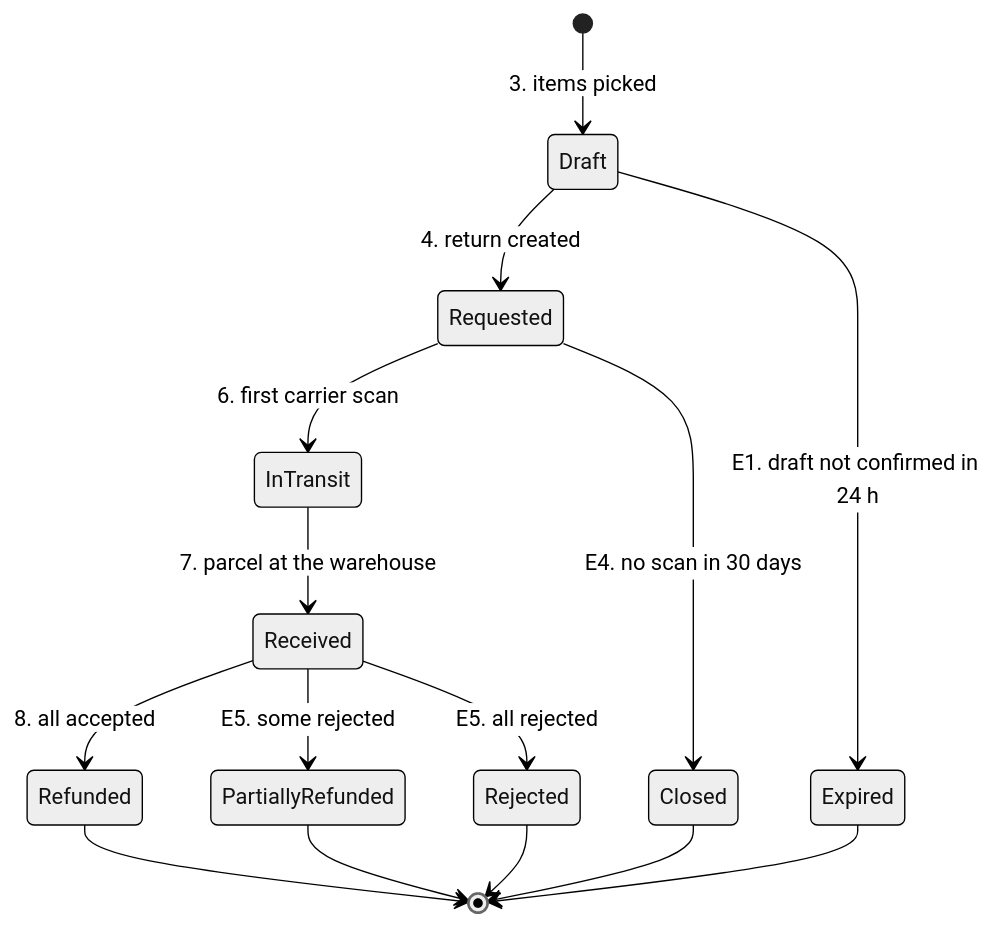
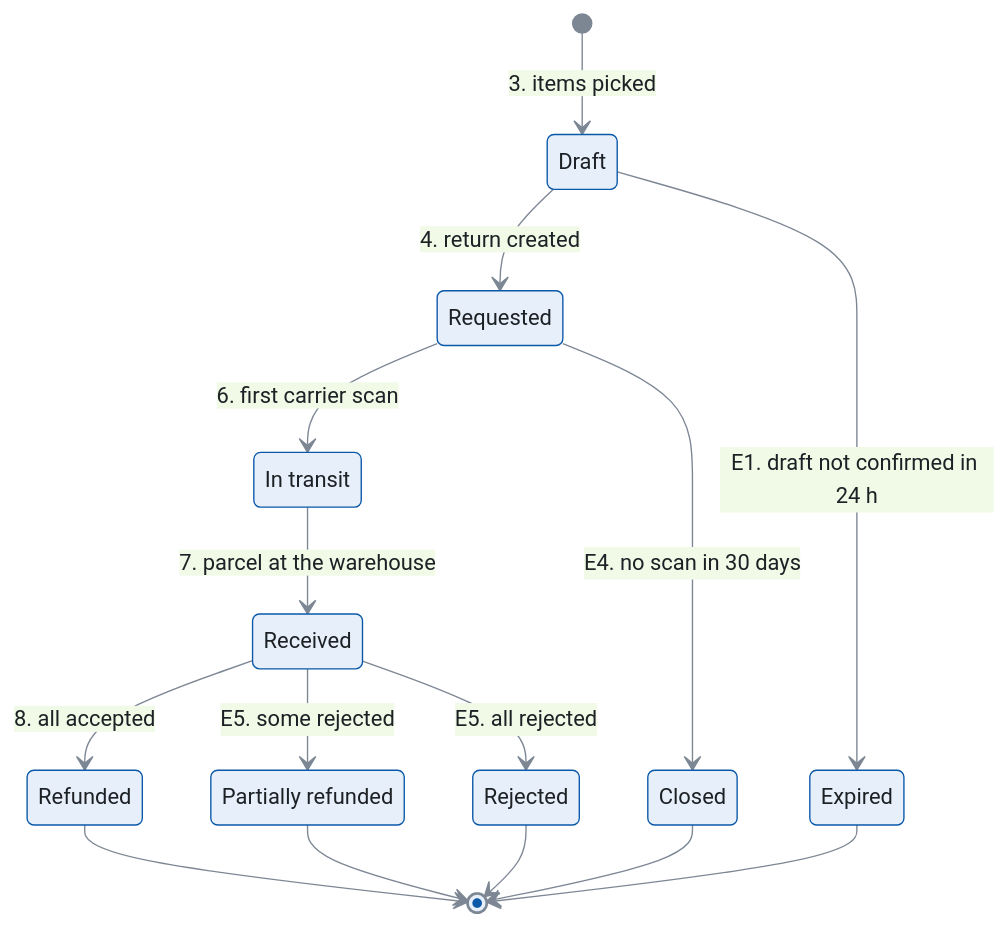
One commit to julimonte03/exo-harness changed the third of 3 diagrams in content/packs/product/skills/functional-flow-designer/references/mermaid-patterns.md. Above: the diagram before and after it, drawn with Mermaid. The commit also changed other lines of this file and 9 other files, not shown here.

````diff
--- a/content/packs/product/skills/functional-flow-designer/references/mermaid-patterns.md
+++ b/content/packs/product/skills/functional-flow-designer/references/mermaid-patterns.md
@@ -87,18 +108,20 @@
 ```mermaid
-%%{init: {"theme": "neutral"}}%%
+%%{init: {"theme": "base", "themeVariables": {"fontFamily": "system-ui, -apple-system, Segoe UI, Roboto, Helvetica Neue, Arial, sans-serif", "primaryColor": "#e7f0fa", "primaryTextColor": "#1d2125", "primaryBorderColor": "#0a58a8", "lineColor": "#7d8794", "textColor": "#1d2125", "clusterBkg": "#ffffff", "clusterBorder": "#7d8794"}}}%%
 stateDiagram-v2
+  state "In transit" as InTransit
+  state "Partially refunded" as PartiallyRefunded
   [*] --> Draft: 3. items picked
   Draft --> Requested: 4. return created
   Draft --> Expired: E1. draft not confirmed in 24 h
   Requested --> InTransit: 6. first carrier scan
   Requested --> Closed: E4. no scan in 30 days
   InTransit --> Received: 7. parcel at the warehouse
   Received --> Refunded: 8. all accepted
   Received --> PartiallyRefunded: E5. some rejected
   Received --> Rejected: E5. all rejected
   Refunded --> [*]
   PartiallyRefunded --> [*]
   Rejected --> [*]
   Expired --> [*]
   Closed --> [*]
 ```
````
